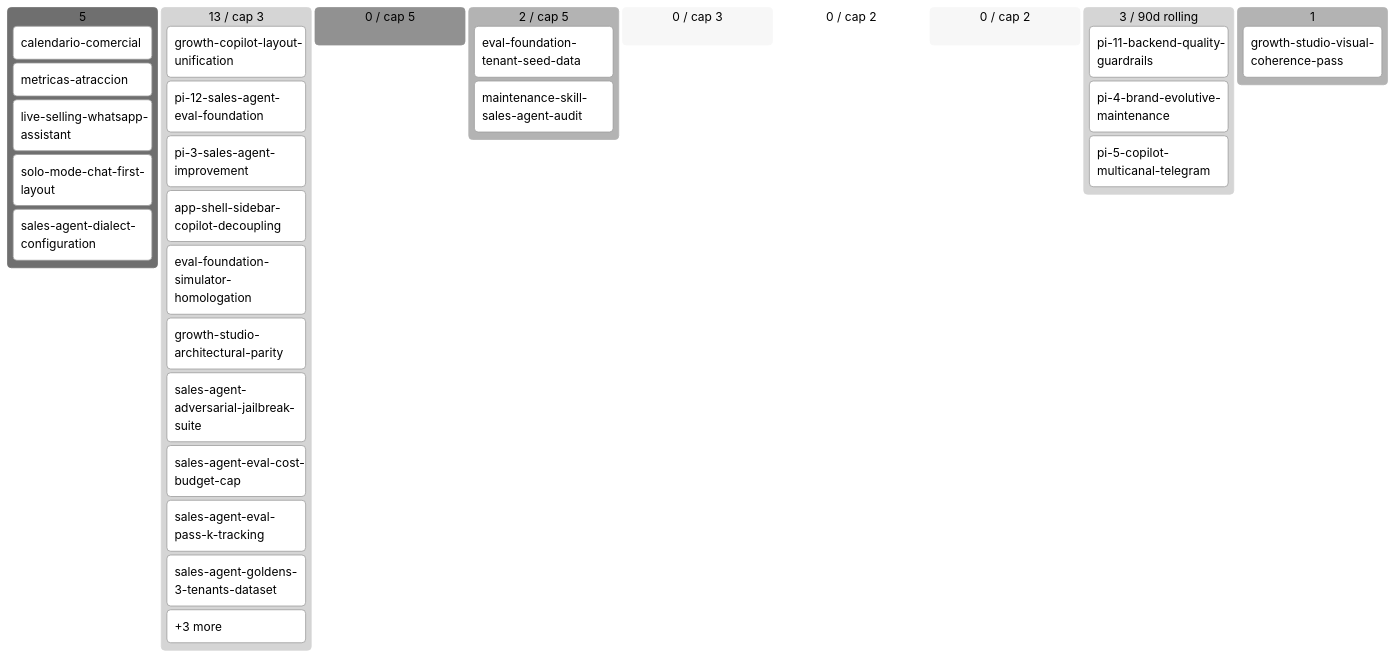
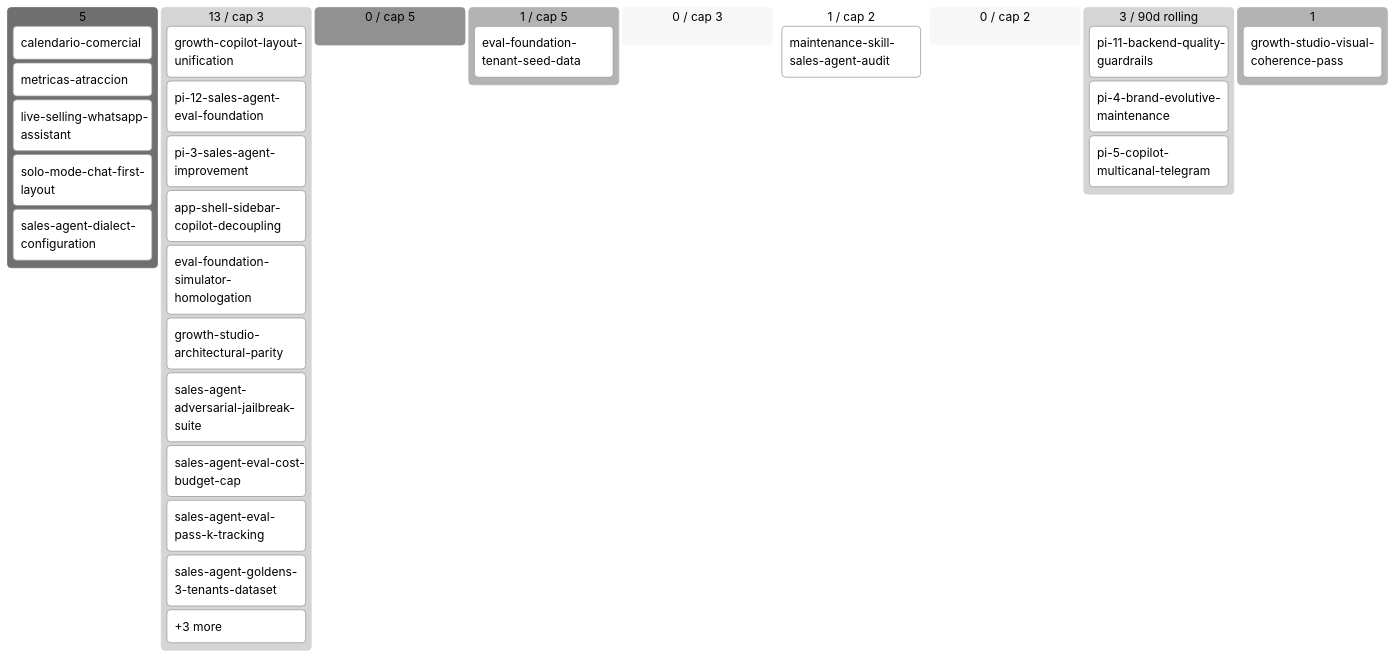
One commit to alpacapurpura/ap_sales_agent changed the diagram in docs/product/BACKLOG.md. Above: the diagram before and after it, drawn with Mermaid (neutral theme). The commit also changed other lines of this file and 12 other files, not shown here.

````diff
--- a/docs/product/BACKLOG.md
+++ b/docs/product/BACKLOG.md
@@ -61,34 +60,34 @@
 ```mermaid
 kanban
   💡 Ideas (5)
     calendario-comercial[calendario-comercial]
     metricas-atraccion[metricas-atraccion]
     live-selling-whatsapp-assistan[live-selling-whatsapp-assistant]
     solo-mode-chat-first-layout[solo-mode-chat-first-layout]
     sales-agent-dialect-configurat[sales-agent-dialect-configuration]
   🔬 Refining (13 / cap 3)
     growth-copilot-layout-unificat[growth-copilot-layout-unification]
     pi-12-sales-agent-eval-foundat[pi-12-sales-agent-eval-foundation]
     pi-3-sales-agent-improvement[pi-3-sales-agent-improvement]
     app-shell-sidebar-copilot-deco[app-shell-sidebar-copilot-decoupling]
     eval-foundation-simulator-homo[eval-foundation-simulator-homologation]
     growth-studio-architectural-pa[growth-studio-architectural-parity]
     sales-agent-adversarial-jailbr[sales-agent-adversarial-jailbreak-suite]
     sales-agent-eval-cost-budget-c[sales-agent-eval-cost-budget-cap]
     sales-agent-eval-pass-k-tracki[sales-agent-eval-pass-k-tracking]
     sales-agent-goldens-3-tenants-[sales-agent-goldens-3-tenants-dataset]
     overflow-🔬 Refining[+3 more]
   ✅ Refined (0 / cap 5)
-  📦 Ready (2 / cap 5)
+  📦 Ready (1 / cap 5)
     eval-foundation-tenant-seed-da[eval-foundation-tenant-seed-data]
+  🔨 Developing (0 / cap 3)
+  🧪 Developed (1 / cap 2)
     maintenance-skill-sales-agent-[maintenance-skill-sales-agent-audit]
-  🔨 Developing (0 / cap 3)
-  🧪 Developed (0 / cap 2)
   🔍 Reviewing (0 / cap 2)
   ✅ Done (3 / 90d rolling)
     pi-11-backend-quality-guardrai[pi-11-backend-quality-guardrails]
     pi-4-brand-evolutive-maintenan[pi-4-brand-evolutive-maintenance]
     pi-5-copilot-multicanal-telegr[pi-5-copilot-multicanal-telegram]
   🅿 Parked (1)
     growth-studio-visual-coherence[growth-studio-visual-coherence-pass]
 ```
````
